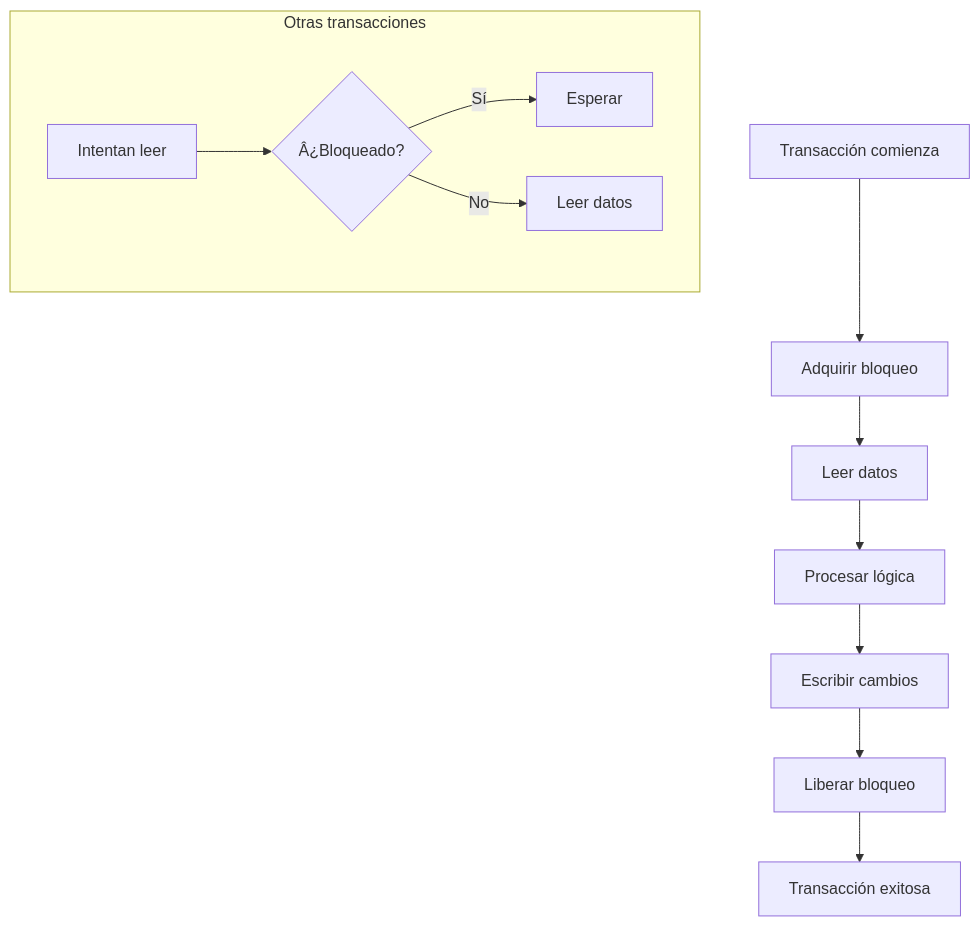
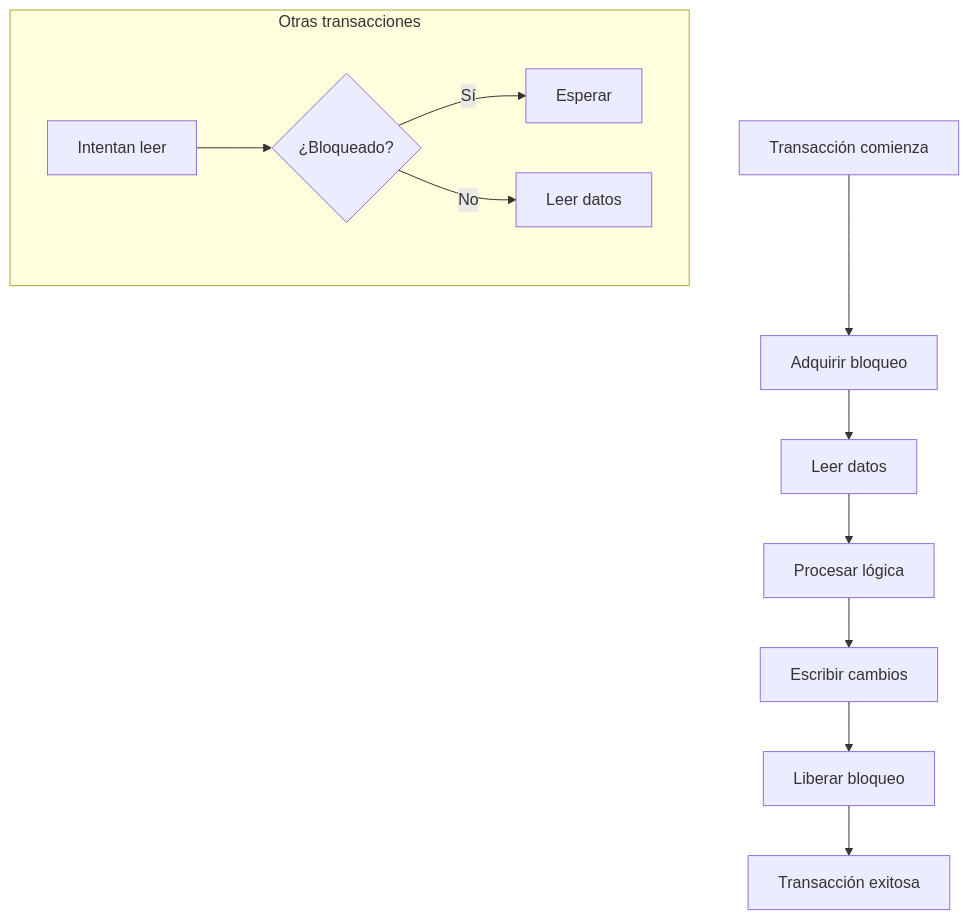
Before and after one commit to joseluisgs/TiendaDawApi-Cqrs-MediatR-NetCore: the sixth of 10 diagrams in doc/15-pedidos-transacciones.md, drawn with Mermaid. The commit also changed other lines of this file and 27 other files, not shown here.

````diff
--- a/doc/15-pedidos-transacciones.md
+++ b/doc/15-pedidos-transacciones.md
@@ -610,15 +610,15 @@
 ```mermaid
 flowchart TD
     A["Transacción comienza"] --> B["Adquirir bloqueo"]
     B --> C["Leer datos"]
     C --> D["Procesar lógica"]
     D --> E["Escribir cambios"]
     E --> F["Liberar bloqueo"]
     F --> G["Transacción exitosa"]
     
     subgraph "Otras transacciones"
-        H["Intentan leer"] --> I{"Â¿Bloqueado?"}
+        H["Intentan leer"] --> I{"¿Bloqueado?"}
         I -->|Sí| J["Esperar"]
         I -->|No| K["Leer datos"]
     end
 ```
````
